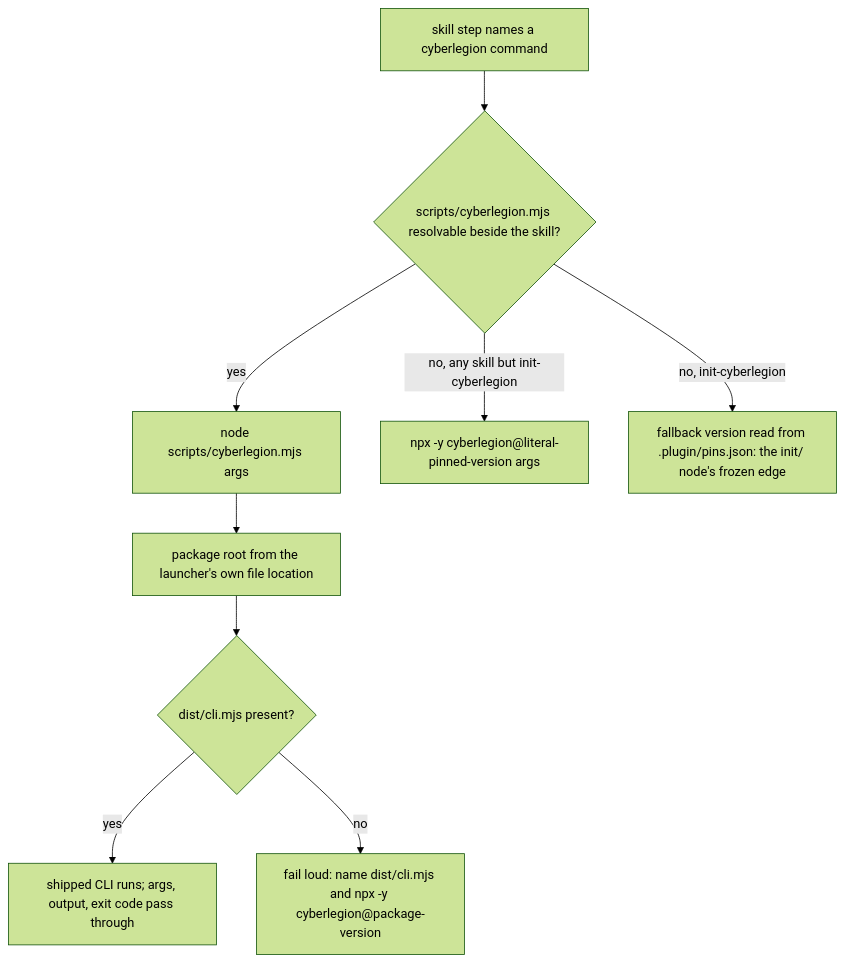
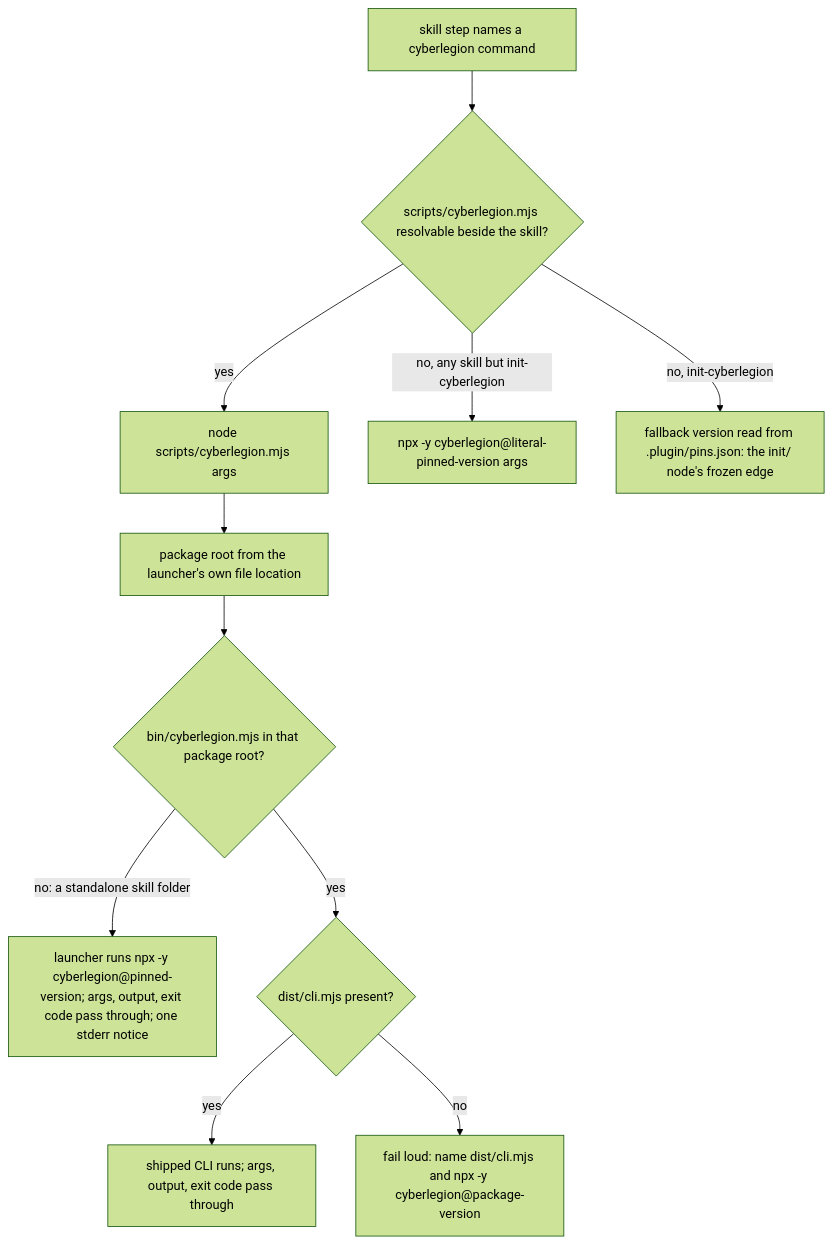
Before and after one commit to cyberuni/cyberlegion: the first of 2 diagrams in .agents/specs/cyberlegion-plugin/cli-launcher/README.md, drawn with Mermaid (forest theme). The commit also changed other lines of this file and 2 other files, not shown here.

First line of the commit message:
docs: spec a standalone skill folder falling back to the pinned CLI (#68)

````diff
--- a/.agents/specs/cyberlegion-plugin/cli-launcher/README.md
+++ b/.agents/specs/cyberlegion-plugin/cli-launcher/README.md
@@ -74,11 +81,13 @@
 ```mermaid
 graph TD
   STEP[skill step names a cyberlegion command] --> FIND{scripts/cyberlegion.mjs resolvable beside the skill?}
   FIND -->|yes| LAUNCH[node scripts/cyberlegion.mjs args]
   FIND -->|no, any skill but init-cyberlegion| FALLBACK[npx -y cyberlegion@literal-pinned-version args]
   FIND -->|no, init-cyberlegion| INITFB[fallback version read from .plugin/pins.json: the init/ node's frozen edge]
   LAUNCH --> ROOT[package root from the launcher's own file location]
-  ROOT --> DIST{dist/cli.mjs present?}
+  ROOT --> PKG{bin/cyberlegion.mjs in that package root?}
+  PKG -->|no: a standalone skill folder| SELFFB[launcher runs npx -y cyberlegion@pinned-version; args, output, exit code pass through; one stderr notice]
+  PKG -->|yes| DIST{dist/cli.mjs present?}
   DIST -->|yes| RUN[shipped CLI runs; args, output, exit code pass through]
   DIST -->|no| MISSING[fail loud: name dist/cli.mjs and npx -y cyberlegion@package-version]
 ```
````
